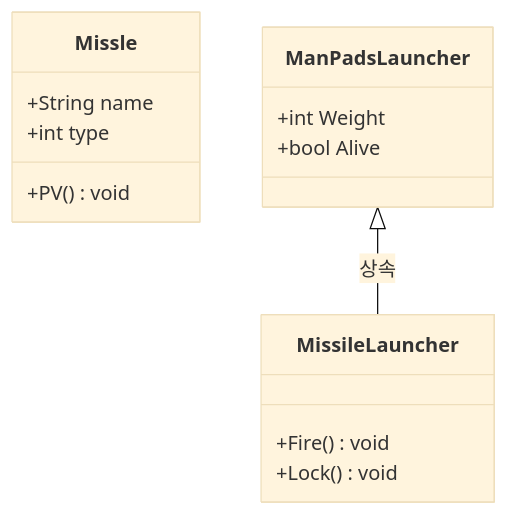
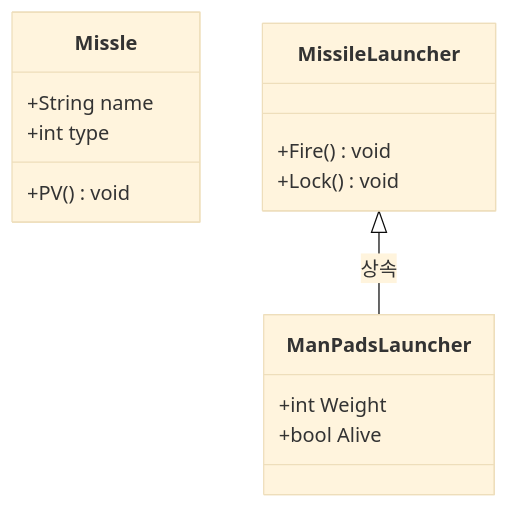
The second of 4 diagrams in Tetris_Mermaid.md (Wonsoox/Tutorial_GithubTutorial), drawn with Mermaid (base theme) before and after one commit.

````diff
--- a/Tetris_Mermaid.md
+++ b/Tetris_Mermaid.md
@@ -7,19 +7,19 @@
 ```mermaid
 classDiagram
     class Missle {
         +String name
         +int type
         +PV() void
     }
     class MissileLauncher {
         +Fire() void
         +Lock() void
     }
     class ManPadsLauncher {
         +int Weight
         +bool Alive
     }
-    ManPadsLauncher <|-- MissileLauncher : 상속
+    MissileLauncher <|--  ManPadsLauncher : 상속
 
 
 ```
````
